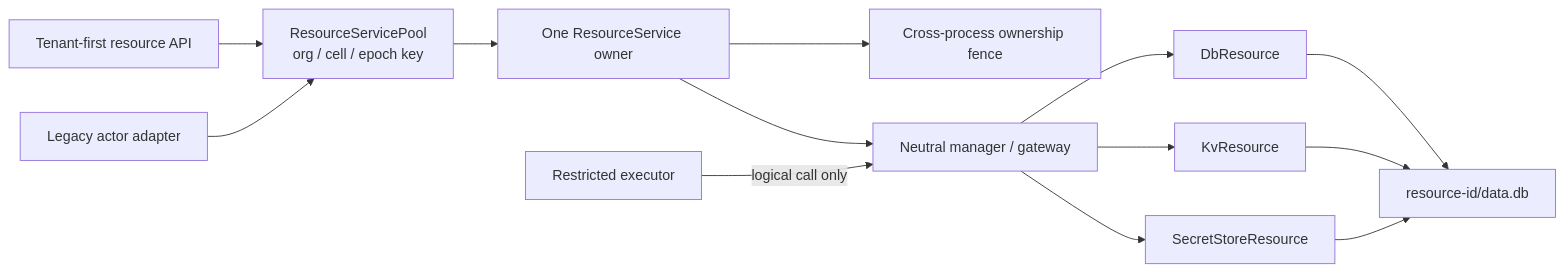
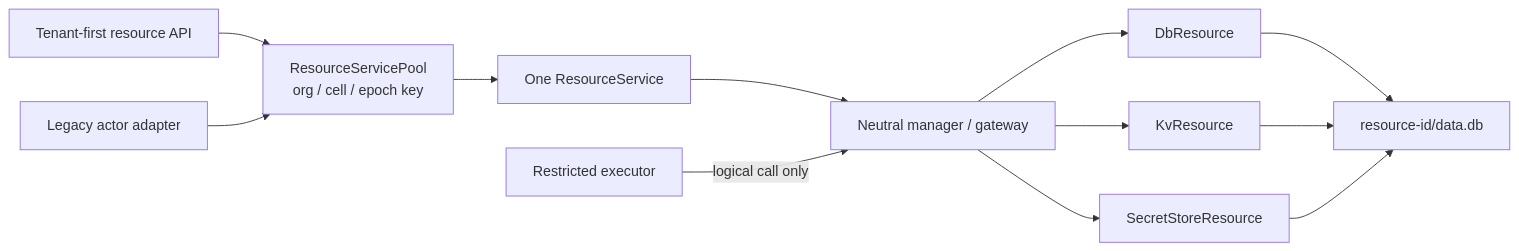
One commit to omnidraw/omnidraw changed the diagram in docs/internal/baselines/m4-resource-runtime.md. Above: the diagram before and after it, drawn with Mermaid. The commit also changed other lines of this file and 24 other files, not shown here.

Commit message:
refactor(resource-runtime): remove cross-process owner locks

````diff
--- a/docs/internal/baselines/m4-resource-runtime.md
+++ b/docs/internal/baselines/m4-resource-runtime.md
@@ -7,15 +7,14 @@
 ```mermaid
 flowchart LR
   API["Tenant-first resource API"] --> P["ResourceServicePool<br/>org / cell / epoch key"]
   L["Legacy actor adapter"] --> P
-  P --> O["One ResourceService owner"]
-  O --> F["Cross-process ownership fence"]
+  P --> O["One ResourceService"]
   O --> G["Neutral manager / gateway"]
   G --> D["DbResource"]
   G --> K["KvResource"]
   G --> S["SecretStoreResource"]
   D --> DB["resource-id/data.db"]
   K --> DB
   S --> DB
   X["Restricted executor"] -->|"logical call only"| G
 ```
````
